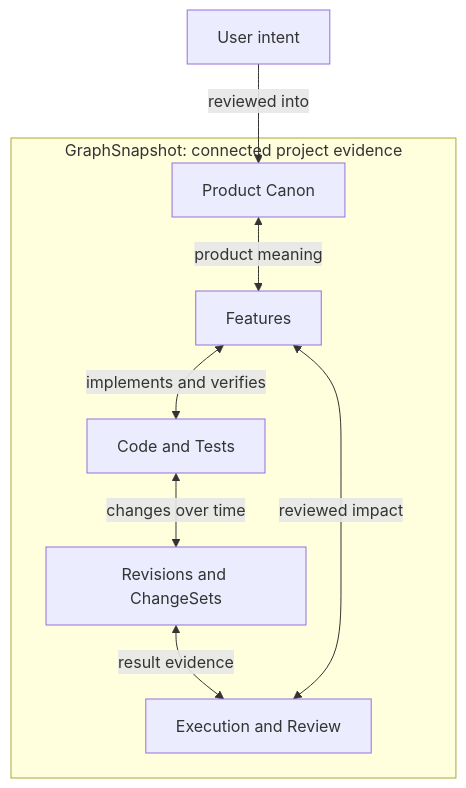
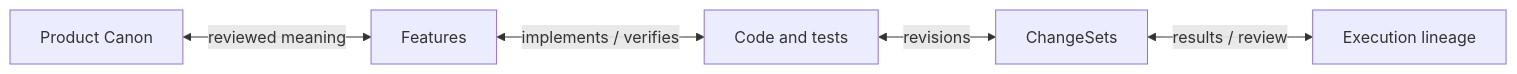
Before and after one commit to binary1215/head-agent-plugin: the second of 2 diagrams in README.md, drawn with Mermaid. The commit also changed other lines of this file and 2 other files, not shown here.

Commit message:
docs: streamline README around user journey

````diff
--- a/README.md
+++ b/README.md
@@ -231,18 +284,7 @@
 ```mermaid
-flowchart TB
-    UI[User intent] -->|reviewed into| CANON
-
-    subgraph GS["GraphSnapshot: connected project evidence"]
-        CANON[Product Canon]
-        FEATURE[Features]
-        CODE[Code and Tests]
-        HISTORY[Revisions and ChangeSets]
-        EXEC[Execution and Review]
-
-        CANON <-->|product meaning| FEATURE
-        FEATURE <-->|implements and verifies| CODE
-        CODE <-->|changes over time| HISTORY
-        HISTORY <-->|result evidence| EXEC
-        EXEC <-->|reviewed impact| FEATURE
-    end
+flowchart LR
+    C[Product Canon] <-->|reviewed meaning| F[Features]
+    F <-->|implements / verifies| S[Code and tests]
+    S <-->|revisions| CH[ChangeSets]
+    CH <-->|results / review| E[Execution lineage]
 ```
````
